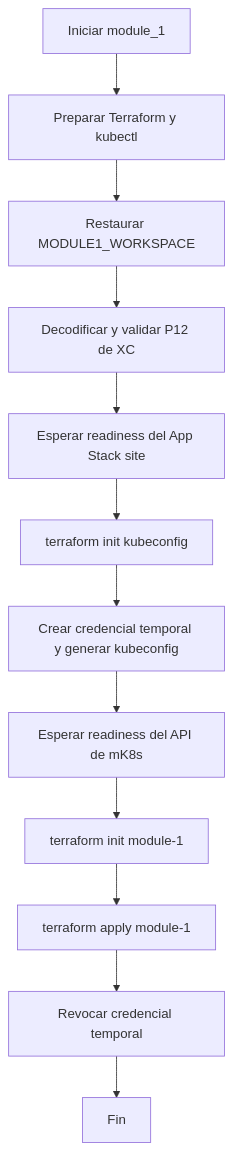
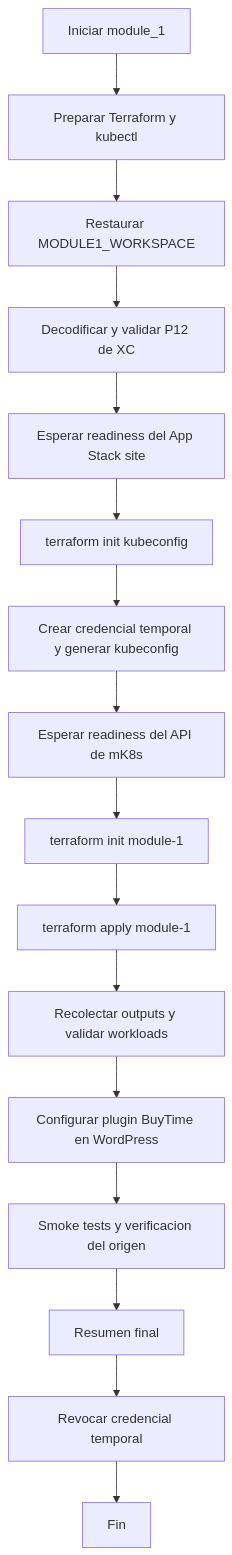
Diagram 13 of 14 in descripcion.md (ocpdata/xcawsedgedemoguide), drawn with Mermaid before and after one commit. The commit also changed other lines of this file and 2 other files, not shown here.

````diff
--- a/descripcion.md
+++ b/descripcion.md
@@ -515,14 +531,18 @@
 ```mermaid
 flowchart TD
     A[Iniciar module_1] --> B[Preparar Terraform y kubectl]
     B --> C[Restaurar MODULE1_WORKSPACE]
     C --> D[Decodificar y validar P12 de XC]
     D --> E[Esperar readiness del App Stack site]
     E --> F[terraform init kubeconfig]
     F --> G[Crear credencial temporal y generar kubeconfig]
     G --> H[Esperar readiness del API de mK8s]
     H --> I[terraform init module-1]
     I --> J[terraform apply module-1]
-    J --> K[Revocar credencial temporal]
-    K --> L[Fin]
+    J --> K[Recolectar outputs y validar workloads]
+    K --> L[Configurar plugin BuyTime en WordPress]
+    L --> M[Smoke tests y verificacion del origen]
+    M --> N[Resumen final]
+    N --> O[Revocar credencial temporal]
+    O --> P[Fin]
 ```
````
